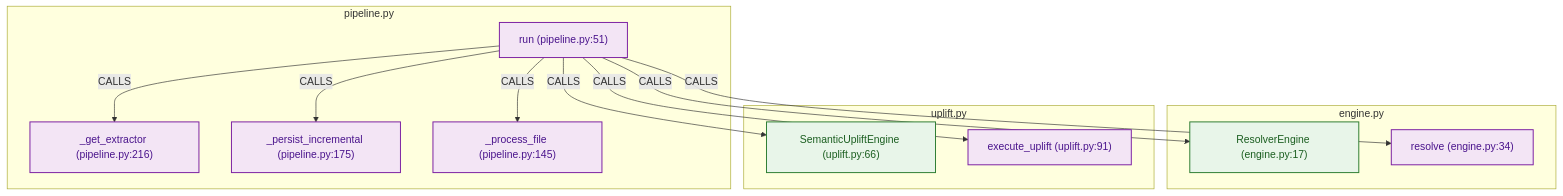
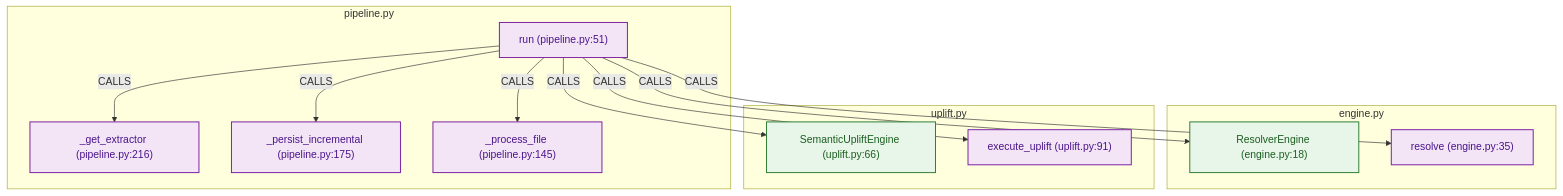
The second of 2 diagrams in README.md (zaebee/codegraph-brain), drawn with Mermaid before and after one commit. The commit also changed other lines of this file and 1 other file, not shown here.

Commit message:
docs: auto-sync architecture graph and MCP reference (#189)

````diff
--- a/README.md
+++ b/README.md
@@ -92,32 +92,32 @@
 ```mermaid
 graph TD
 classDef classNode fill:#e8f5e9,stroke:#2e7d32,stroke-width:1.5px,color:#1b5e20;
 classDef funcNode fill:#e3f2fd,stroke:#1565c0,stroke-width:1.5px,color:#0d47a1;
 classDef methodNode fill:#f3e5f5,stroke:#7b1fa2,stroke-width:1.5px,color:#4a148c;
 classDef unresolvedNode fill:#fffde7,stroke:#fbc02d,stroke-width:1.5px,stroke-dasharray: 4 4,color:#f57f17;
 classDef defaultNode fill:#fafafa,stroke:#9e9e9e,stroke-width:1.5px,color:#212121;
 classDef stdlibNode fill:#eceff1,stroke:#607d8b,stroke-width:1px,color:#455a64;
 classDef externalNode fill:#fff3e0,stroke:#e65100,stroke-width:1px,stroke-dasharray: 3 3,color:#bf360c;
 
     subgraph n_9881ca900b7c44fd13c9206dbb6b1f1c["pipeline.py"]
         n_0f875e605375c329869f67b3fb05ca43["_get_extractor (pipeline.py:216)"]:::methodNode
         n_705d8fa6977288feb6d561fe353917bd["_persist_incremental (pipeline.py:175)"]:::methodNode
         n_69ab802205de25759be41c9155266b2c["_process_file (pipeline.py:145)"]:::methodNode
         n_380356b2071cde8dd55ba6287e99bd8a["run (pipeline.py:51)"]:::methodNode
     end
     subgraph n_724e82bcada88588298dcf4c3336e3f5["engine.py"]
-        n_ebda4de8e05ef057deb454e72894302d["ResolverEngine (engine.py:17)"]:::classNode
-        n_e75ca2e29418d9c85a1a14b7069c25d9["resolve (engine.py:34)"]:::methodNode
+        n_ebda4de8e05ef057deb454e72894302d["ResolverEngine (engine.py:18)"]:::classNode
+        n_e75ca2e29418d9c85a1a14b7069c25d9["resolve (engine.py:35)"]:::methodNode
     end
     subgraph n_b64d9821d81a859afcf762f9892f0b4a["uplift.py"]
         n_2dda32fbe79232f92feae85b97527aff["SemanticUpliftEngine (uplift.py:66)"]:::classNode
         n_aafcdc9602017019ffdfedea66173d0e["execute_uplift (uplift.py:91)"]:::methodNode
     end
     n_380356b2071cde8dd55ba6287e99bd8a -->|CALLS| n_0f875e605375c329869f67b3fb05ca43
     n_380356b2071cde8dd55ba6287e99bd8a -->|CALLS| n_69ab802205de25759be41c9155266b2c
     n_380356b2071cde8dd55ba6287e99bd8a -->|CALLS| n_ebda4de8e05ef057deb454e72894302d
     n_380356b2071cde8dd55ba6287e99bd8a -->|CALLS| n_e75ca2e29418d9c85a1a14b7069c25d9
     n_380356b2071cde8dd55ba6287e99bd8a -->|CALLS| n_705d8fa6977288feb6d561fe353917bd
     n_380356b2071cde8dd55ba6287e99bd8a -->|CALLS| n_aafcdc9602017019ffdfedea66173d0e
     n_380356b2071cde8dd55ba6287e99bd8a -->|CALLS| n_2dda32fbe79232f92feae85b97527aff
 ```
````
